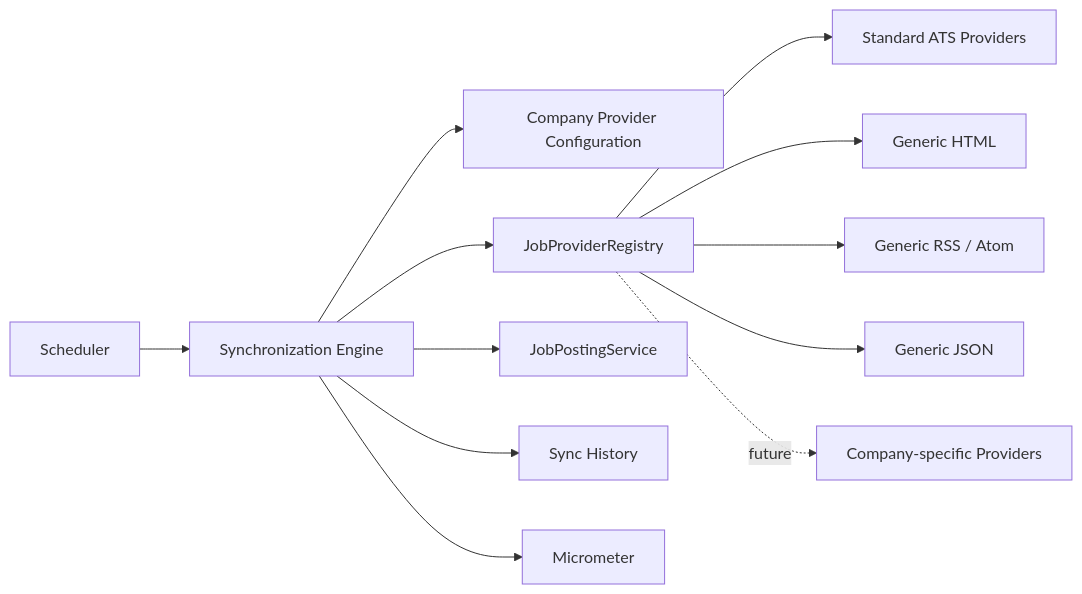
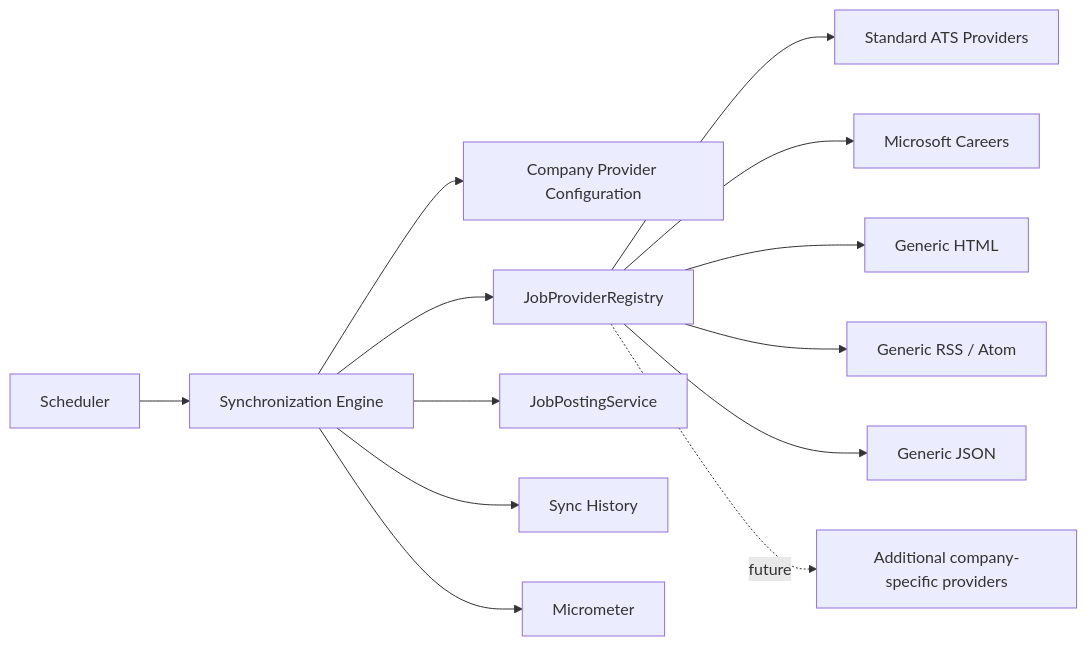
One commit to glasses-and-hat/careeros changed the second of 8 diagrams in docs/architecture.md. Above: the diagram before and after it, drawn with Mermaid. The commit also changed other lines of this file and 11 other files, not shown here.

Commit message:
feat: add Microsoft Careers provider

````diff
--- a/docs/architecture.md
+++ b/docs/architecture.md
@@ -68,14 +68,15 @@
 ```mermaid
 flowchart LR
     S[Scheduler] --> E[Synchronization Engine]
     E --> C[Company Provider Configuration]
     E --> R[JobProviderRegistry]
     R --> ATS[Standard ATS Providers]
+    R --> MS[Microsoft Careers]
     R --> HTML[Generic HTML]
     R --> RSS[Generic RSS / Atom]
     R --> JSON[Generic JSON]
-    R -.future.-> CUSTOM[Company-specific Providers]
+    R -.future.-> CUSTOM[Additional company-specific providers]
     E --> J[JobPostingService]
     E --> H[Sync History]
     E --> M[Micrometer]
 ```
````
